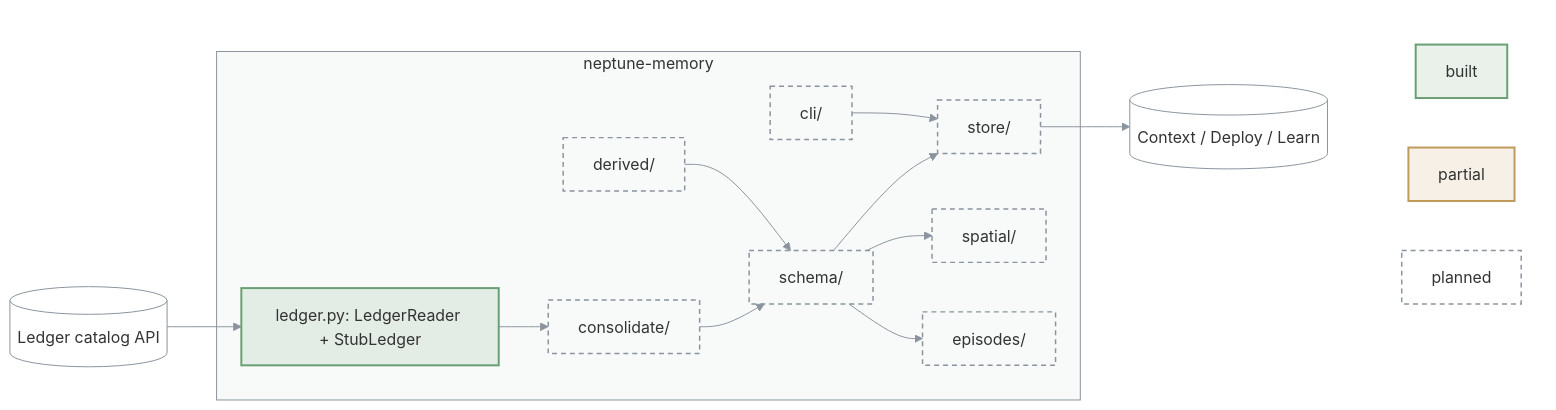
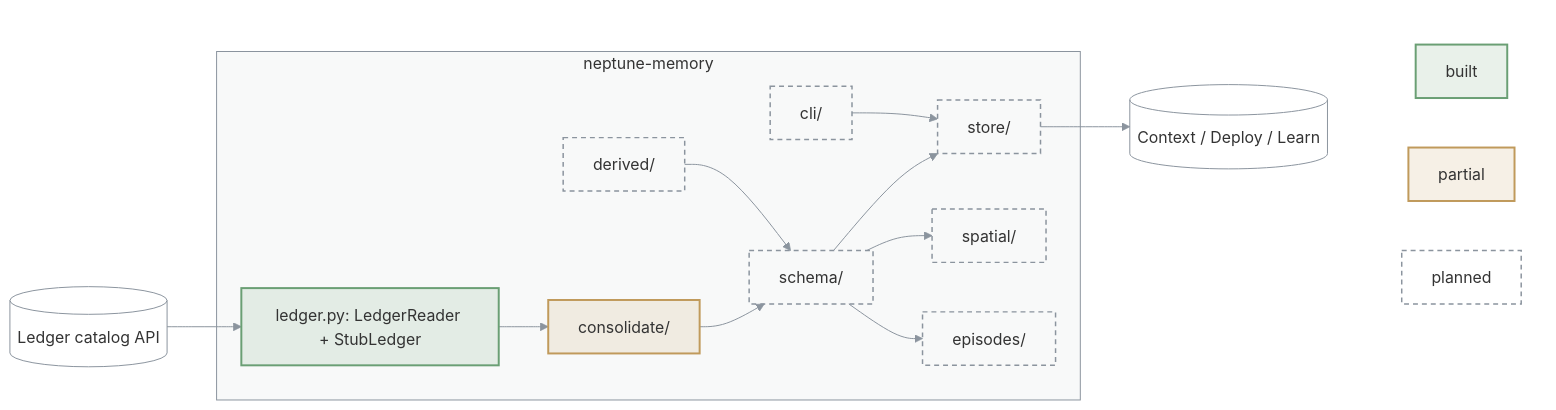
One commit to bennytay/neptune changed the diagram in packages/neptune-memory/ARCHITECTURE.md. Above: the diagram before and after it, drawn with Mermaid. The commit also changed 5 other files, not shown here.

````diff
--- a/packages/neptune-memory/ARCHITECTURE.md
+++ b/packages/neptune-memory/ARCHITECTURE.md
@@ -3,40 +3,41 @@
 ```mermaid
 flowchart LR
   LED[("Ledger catalog API")]
   subgraph M["neptune-memory"]
     SEAM["ledger.py: LedgerReader + StubLedger"]
     CON["consolidate/"]
     DER["derived/"]
     SCH["schema/"]
     STO["store/"]
     SPA["spatial/"]
     EPI["episodes/"]
     CLI["cli/"]
   end
   OUT[("Context / Deploy / Learn")]
   LED --> SEAM --> CON --> SCH --> STO
   DER --> SCH
   SCH --> SPA & EPI
   STO --> OUT
   CLI --> STO
 
   subgraph KEY[" "]
     K1["built"]
     K2["partial"]
     K3["planned"]
   end
   OUT ~~~ K1 & K2 & K3
 
   classDef built fill:#6a9f7426,stroke:#6a9f74,stroke-width:2px
   classDef partial fill:#c09a5b26,stroke:#c09a5b,stroke-width:2px
   classDef todo fill:none,stroke:#8b949e,stroke-width:1.5px,stroke-dasharray:5 4
   classDef ext fill:none,stroke:#8b949e,stroke-width:1px
   class K1 built
   class K2 partial
-  class CON,DER,SCH,STO,SPA,EPI,CLI,K3 todo
+  class DER,SCH,STO,SPA,EPI,CLI,K3 todo
+  class CON partial
   class SEAM built
   class LED,OUT ext
   style M fill:#8b949e0f,stroke:#8b949e
   style KEY fill:none,stroke:none
   linkStyle default stroke:#8b949e
 ```
````
